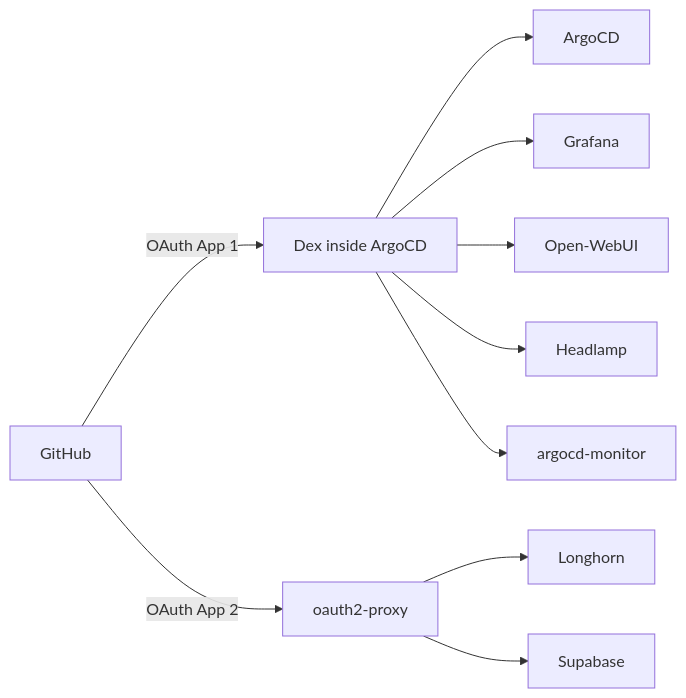
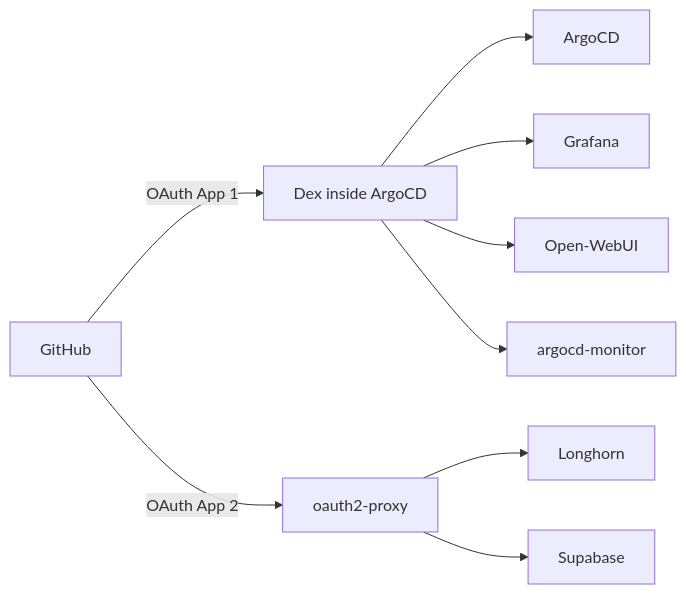
The diagram in docs/how-to/oauth-setup.md (gilesknap/tpi-k3s-ansible), drawn with Mermaid before and after one commit. The commit also changed other lines of this file and 18 other files, not shown here.

````diff
--- a/docs/how-to/oauth-setup.md
+++ b/docs/how-to/oauth-setup.md
@@ -14,18 +14,17 @@
 ```{mermaid}
 flowchart LR
     GH[GitHub]
     DEX[Dex inside ArgoCD]
     OAP[oauth2-proxy]
 
     GH -->|OAuth App 1| DEX
     GH -->|OAuth App 2| OAP
 
     DEX --> ArgoCD
     DEX --> Grafana
     DEX --> Open-WebUI
-    DEX --> Headlamp
     DEX --> argocd-monitor
 
     OAP --> Longhorn
     OAP --> Supabase
 ```
````
